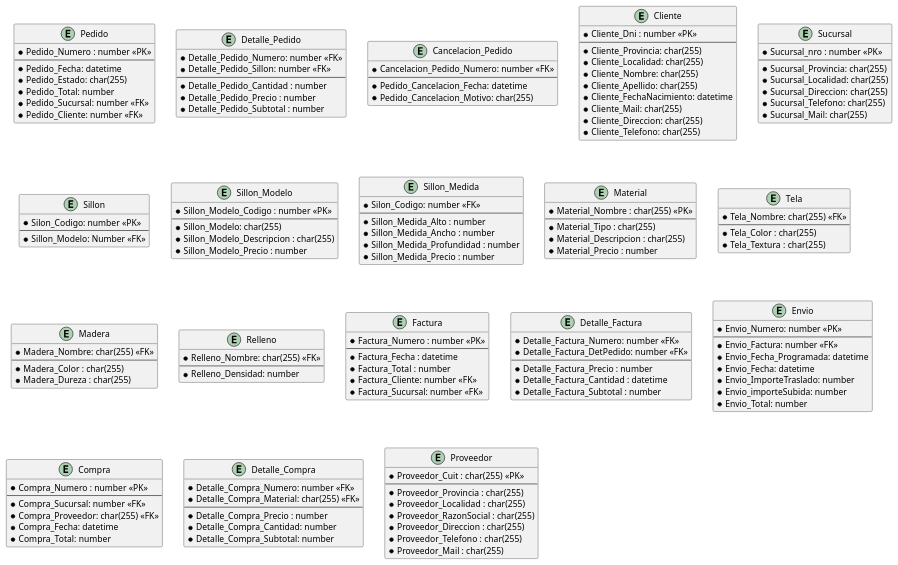
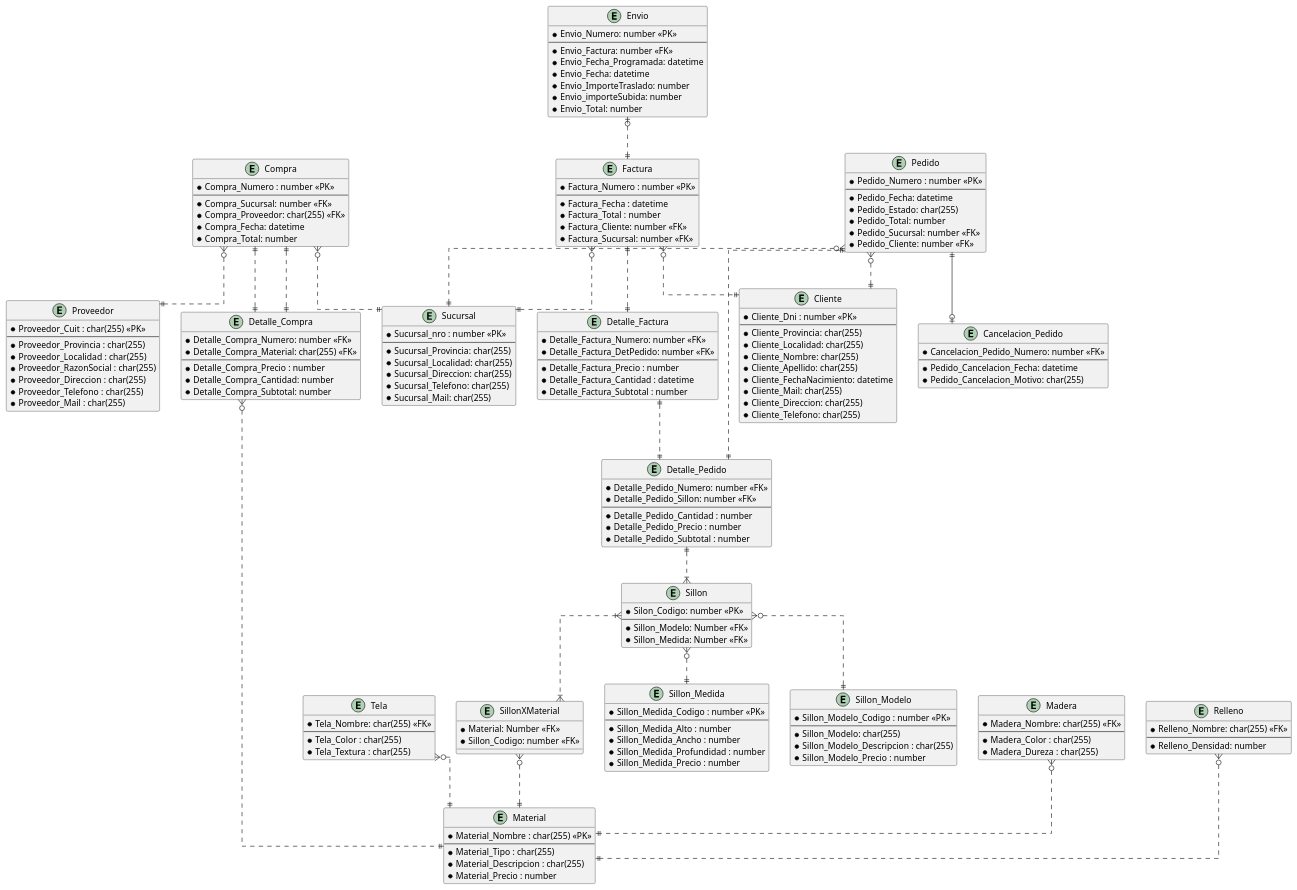
Before and after one commit to Valentin-Sosa/TP-GDD: the diagram in DER.puml, drawn with PlantUML. The commit also changed 1 other file, not shown here.

```diff
--- a/DER.puml
+++ b/DER.puml
@@ -1,6 +1,8 @@
 @startuml
 
 skinparam linetype ortho
+
+' ENTITIES DECLARATION
 
 entity "Pedido" as Ped {
   *Pedido_Numero : number <<PK>>
@@ -55,8 +57,14 @@
   *Silon_Codigo: number <<PK>>
   --
   *Sillon_Modelo: Number <<FK>>
+  *Sillon_Medida: Number <<FK>>
 }
 
+entity "SillonXMaterial" as Si_Mat
+{
+  *Material: Number <<FK>>
+  *Sillon_Codigo: number <<FK>>
+}
 
 entity "Sillon_Modelo" as Si_Mod {
   *Sillon_Modelo_Codigo : number <<PK>>
@@ -67,7 +75,7 @@
 }
 
 entity "Sillon_Medida" as Si_Med {
-  *Silon_Codigo: number <<FK>>
+  *Sillon_Medida_Codigo : number <<PK>>
   --
   *Sillon_Medida_Alto : number
   *Sillon_Medida_Ancho : number
@@ -162,4 +170,44 @@
   *Proveedor_Mail : char(255)
 }
 
+
+' ENTITIES RELATIONSHIPS
+
+' Pedidos
+Ped ||..|| Det_Ped
+
+Ped ||--o| Can_Ped
+Ped }o..|| Suc
+Ped }o..|| Cli
+
+Det_Ped ||..|{ Si
+' Sillon
+Si }o..|| Si_Mod
+Si }o..|| Si_Med
+Si }|..|{ Si_Mat
+Si_Mat }o..|| Mat
+
+' Sillon Materiales
+Mad }o..|| Mat
+Re  }o..|| Mat
+Te  }o..|| Mat
+
+' Facturacion
+Fac ||..|| Det_Fac
+Fac }o..|| Suc
+Fac }o..|| Cli
+
+Det_Fac ||..|| Det_Ped
+
+' Compra
+Comp ||..|| Det_Comp
+Comp }o..|| Suc
+Comp }o..|| Prov
+Comp ||..|| Det_Comp
+
+Det_Comp }o..|| Mat
+
+' Envio
+Env |o..|| Fac
+  
 @enduml
```
